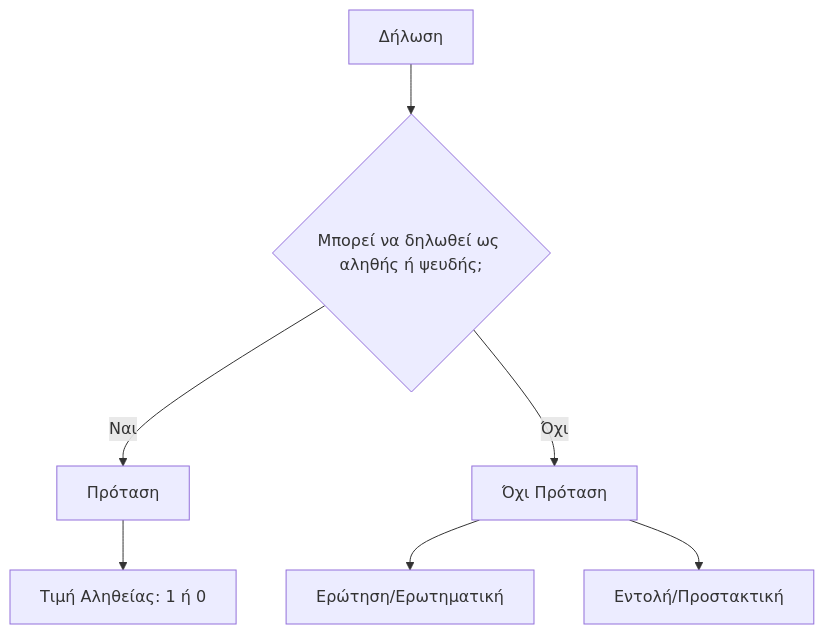
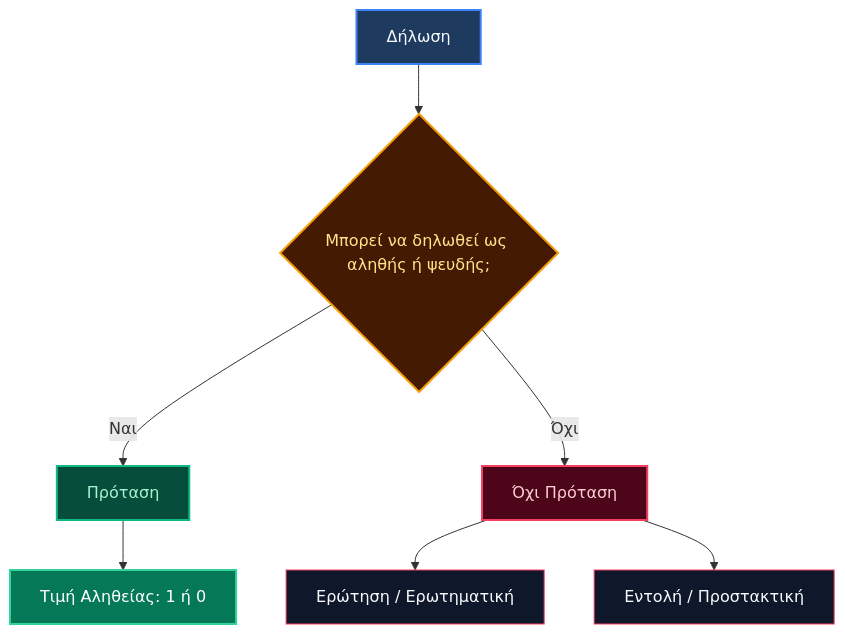
One commit to PanagopoulosNikolaos/DitOpenNotes changed the first of 5 diagrams in Year_1/Semester_2/DISCRETE_MATHEMATICS/Resources/Notes/05_propositional_logic.md. Above: the diagram before and after it, drawn with Mermaid. The commit also changed other lines of this file and 6 other files, not shown here.

````diff
--- a/Year_1/Semester_2/DISCRETE_MATHEMATICS/Resources/Notes/05_propositional_logic.md
+++ b/Year_1/Semester_2/DISCRETE_MATHEMATICS/Resources/Notes/05_propositional_logic.md
@@ -23,9 +23,17 @@
 ```mermaid
 graph TD
-    A[Δήλωση] --> B{Μπορεί να δηλωθεί ως αληθής ή ψευδής;}
-    B -->|Ναι| C[Πρόταση]
-    B -->|Όχι| D[Όχι Πρόταση]
-    D --> E[Ερώτηση/Ερωτηματική]
-    D --> F[Εντολή/Προστακτική]
-    C --> G[Τιμή Αληθείας: 1 ή 0]
+    A["Δήλωση"] --> B{"Μπορεί να δηλωθεί ως αληθής ή ψευδής;"}
+    B -->|Ναι| C["Πρόταση"]
+    B -->|Όχι| D["Όχι Πρόταση"]
+    D --> E["Ερώτηση / Ερωτηματική"]
+    D --> F["Εντολή / Προστακτική"]
+    C --> G["Τιμή Αληθείας: 1 ή 0"]
+
+    style A fill:#1e3a5f,stroke:#3b82f6,stroke-width:2px,color:#f8fafc
+    style B fill:#451a03,stroke:#f59e0b,stroke-width:2px,color:#fde68a
+    style C fill:#064e3b,stroke:#10b981,stroke-width:2px,color:#a7f3d0
+    style D fill:#4c0519,stroke:#f43f5e,stroke-width:2px,color:#fecdd3
+    style E fill:#0f172a,stroke:#f43f5e,stroke-width:1px,color:#f8fafc
+    style F fill:#0f172a,stroke:#f43f5e,stroke-width:1px,color:#f8fafc
+    style G fill:#047857,stroke:#34d399,stroke-width:2px,color:#ffffff
 ```
````
